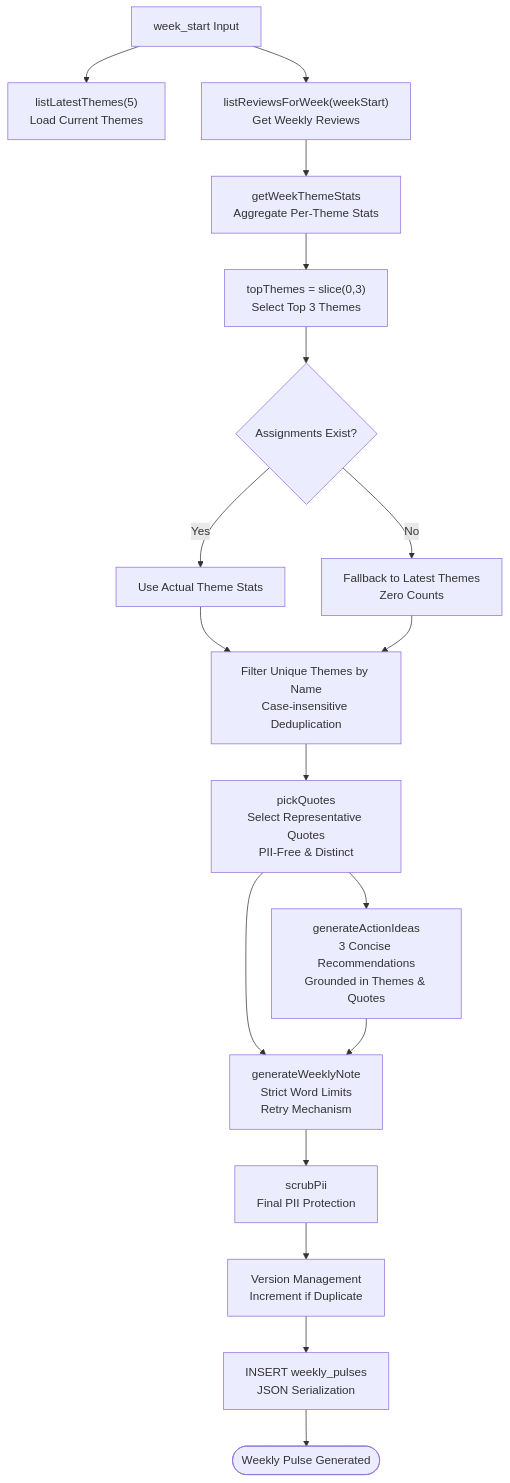
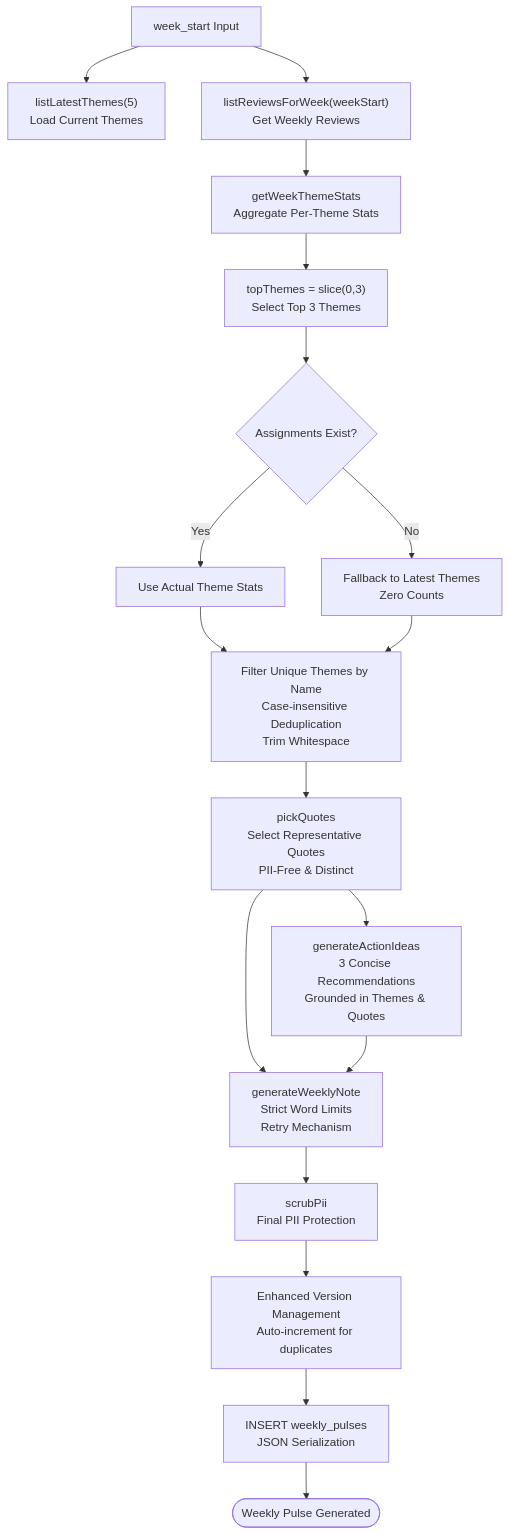
The fifth of 13 diagrams in .qoder/repowiki/en/content/Phase 2_ Advanced Analytics & Automation/Weekly Pulse Generation.md (aravinthraj-ramalingam/Groww-App-Review-Insights-Analyzer-), drawn with Mermaid before and after one commit. The commit also changed other lines of this file and 4 other files, not shown here.

````diff
--- a/.qoder/repowiki/en/content/Phase 2_ Advanced Analytics & Automation/Weekly Pulse Generation.md
+++ b/.qoder/repowiki/en/content/Phase 2_ Advanced Analytics & Automation/Weekly Pulse Generation.md
@@ -289,21 +289,21 @@
 ```mermaid
 flowchart TD
 WS["week_start Input"] --> LoadThemes["listLatestThemes(5)<br/>Load Current Themes"]
 WS --> LoadReviews["listReviewsForWeek(weekStart)<br/>Get Weekly Reviews"]
 LoadReviews --> Stats["getWeekThemeStats<br/>Aggregate Per-Theme Stats"]
 Stats --> Top3["topThemes = slice(0,3)<br/>Select Top 3 Themes"]
 AltCheck{"Assignments Exist?"}
 Top3 --> AltCheck
 AltCheck --> |Yes| Effective["Use Actual Theme Stats"]
 AltCheck --> |No| Fallback["Fallback to Latest Themes<br/>Zero Counts"]
-Effective --> Unique["Filter Unique Themes by Name<br/>Case-insensitive Deduplication"]
+Effective --> Unique["Filter Unique Themes by Name<br/>Case-insensitive Deduplication<br/>Trim Whitespace"]
 Fallback --> Unique
 Unique --> Quotes["pickQuotes<br/>Select Representative Quotes<br/>PII-Free & Distinct"]
 Quotes --> Ideas["generateActionIdeas<br/>3 Concise Recommendations<br/>Grounded in Themes & Quotes"]
 Quotes --> Note["generateWeeklyNote<br/>Strict Word Limits<br/>Retry Mechanism"]
 Ideas --> Note
 Note --> Scrub["scrubPii<br/>Final PII Protection"]
-Scrub --> Version["Version Management<br/>Increment if Duplicate"]
+Scrub --> Version["Enhanced Version Management<br/>Auto-increment for duplicates"]
 Version --> Save["INSERT weekly_pulses<br/>JSON Serialization"]
 Save --> End(["Weekly Pulse Generated"])
 ```
````
